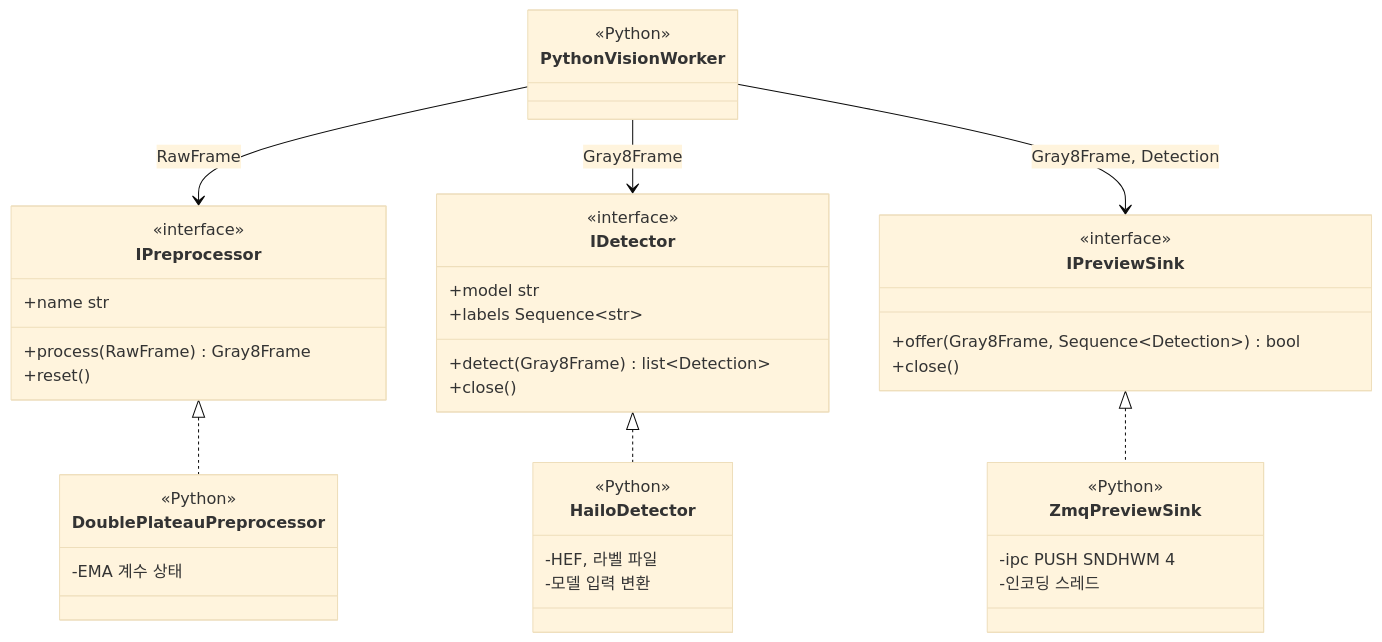
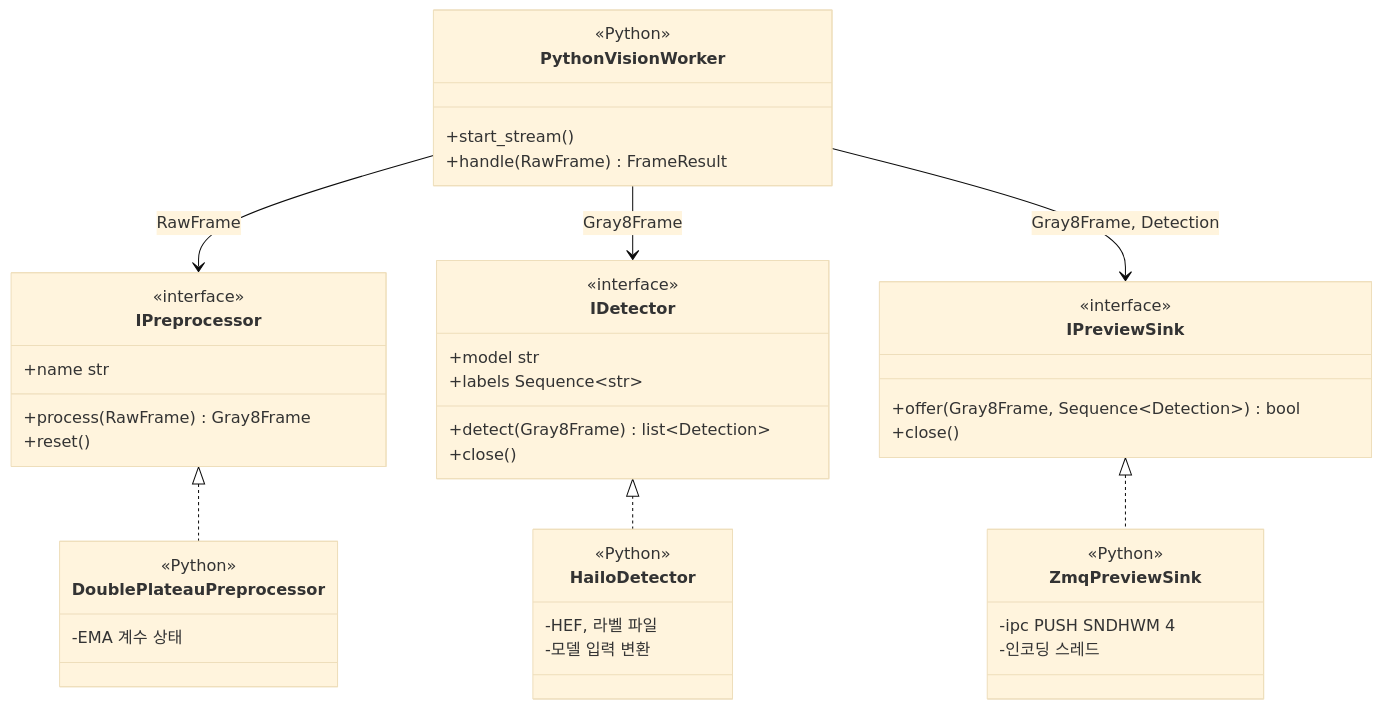
One commit to lig-argus/argus-edge-vision changed the second of 2 diagrams in docs/design/uml/class_vision.md. Above: the diagram before and after it, drawn with Mermaid (base theme). The commit also changed other lines of this file and 43 other files, not shown here.

````diff
--- a/docs/design/uml/class_vision.md
+++ b/docs/design/uml/class_vision.md
@@ -59,45 +59,47 @@
 ```mermaid
 classDiagram
     class IPreprocessor {
         <<interface>>
         +name str
         +process(RawFrame) Gray8Frame
         +reset()
     }
     class IDetector {
         <<interface>>
         +model str
         +labels Sequence~str~
         +detect(Gray8Frame) list~Detection~
         +close()
     }
     class IPreviewSink {
         <<interface>>
         +offer(Gray8Frame, Sequence~Detection~) bool
         +close()
     }
     class DoublePlateauPreprocessor {
         <<Python>>
         -EMA 계수 상태
     }
     class HailoDetector {
         <<Python>>
         -HEF, 라벨 파일
         -모델 입력 변환
     }
     class ZmqPreviewSink {
         <<Python>>
         -ipc PUSH SNDHWM 4
         -인코딩 스레드
     }
     class PythonVisionWorker {
         <<Python>>
+        +start_stream()
+        +handle(RawFrame) FrameResult
     }
 
     IPreprocessor <|.. DoublePlateauPreprocessor
     IDetector <|.. HailoDetector
     IPreviewSink <|.. ZmqPreviewSink
     PythonVisionWorker --> IPreprocessor : RawFrame
     PythonVisionWorker --> IDetector : Gray8Frame
     PythonVisionWorker --> IPreviewSink : Gray8Frame, Detection
 ```
````
